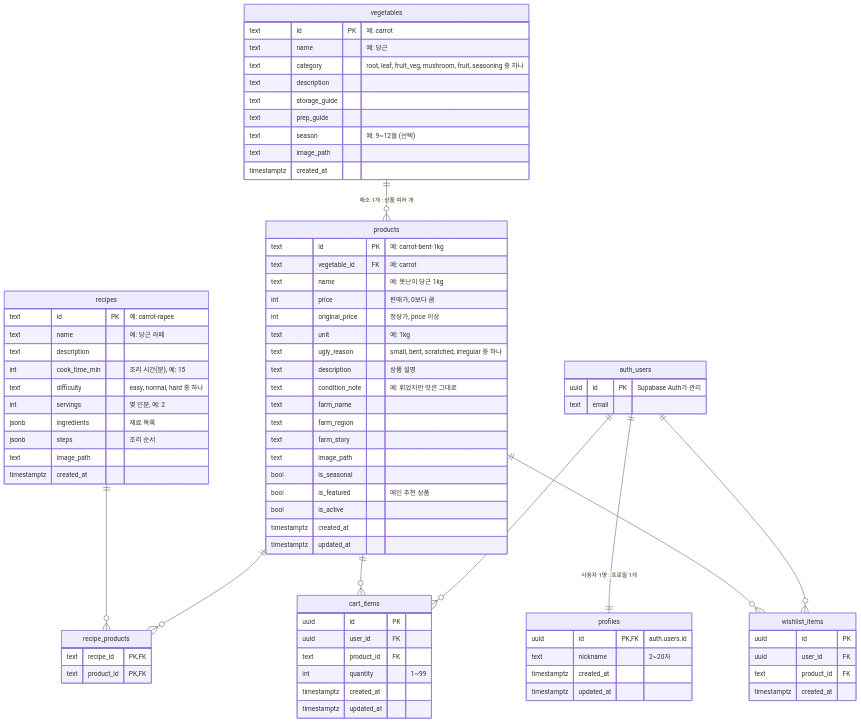
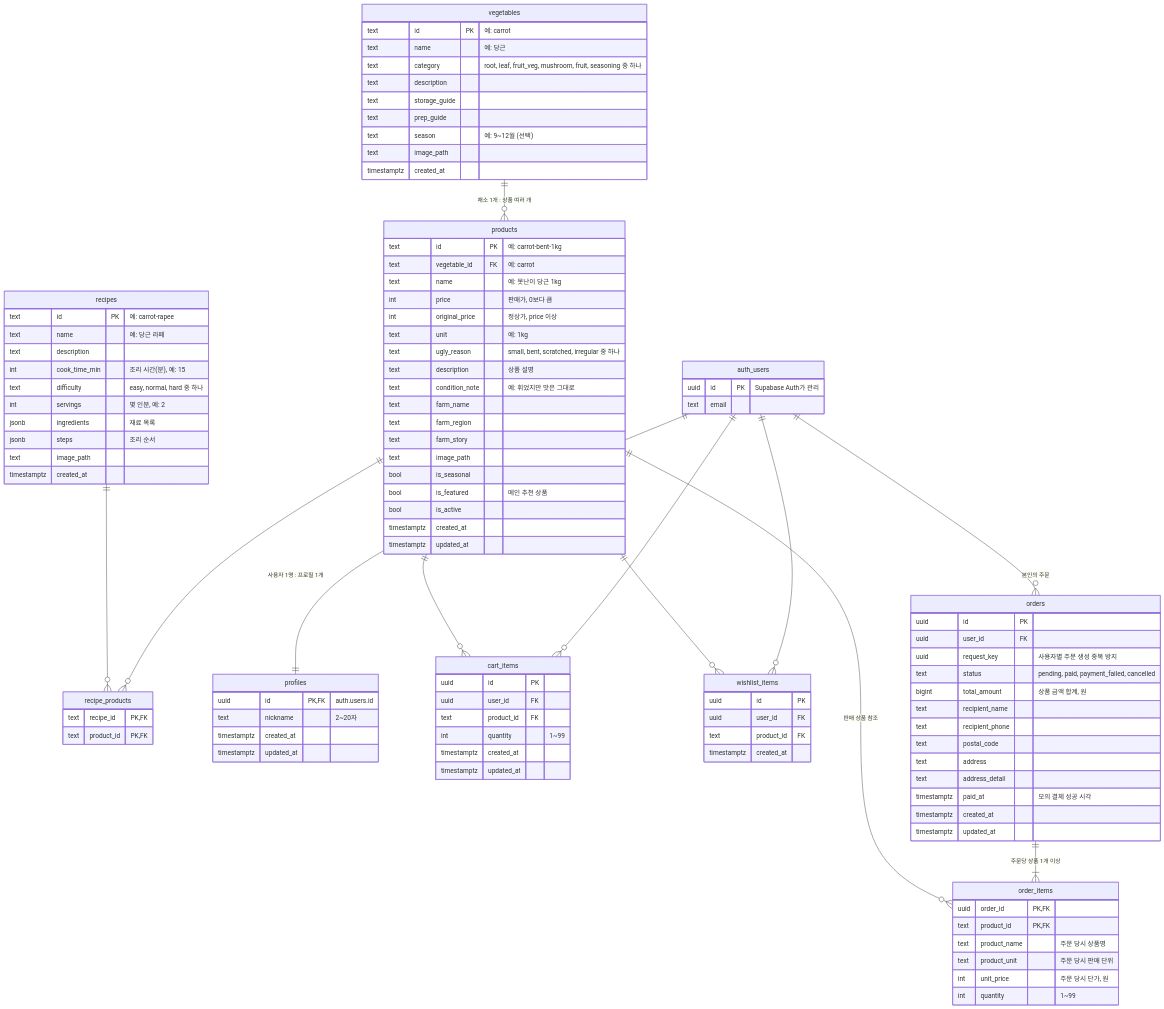
One commit to KANT-2/group_6_vegetable_project changed the diagram in docs/ERD.md. Above: the diagram before and after it, drawn with Mermaid. The commit also changed other lines of this file and 1 other file, not shown here.

Commit message:
docs: 주문 및 모의 결제 ERD 추가

````diff
--- a/docs/ERD.md
+++ b/docs/ERD.md
@@ -15,6 +18,9 @@
     auth_users ||--o{ wishlist_items : ""
     products ||--o{ cart_items : ""
     products ||--o{ wishlist_items : ""
+    auth_users ||--o{ orders : "본인의 주문"
+    orders ||--|{ order_items : "주문당 상품 1개 이상"
+    products ||--o{ order_items : "판매 상품 참조"
 
     vegetables {
         text id PK "예: carrot"
@@ -94,4 +100,28 @@
         text product_id FK
         timestamptz created_at
     }
+    orders {
+        uuid id PK
+        uuid user_id FK
+        uuid request_key "사용자별 주문 생성 중복 방지"
+        text status "pending, paid, payment_failed, cancelled"
+        bigint total_amount "상품 금액 합계, 원"
+        text recipient_name
+        text recipient_phone
+        text postal_code
+        text address
+        text address_detail
+        timestamptz paid_at "모의 결제 성공 시각"
+        timestamptz created_at
+        timestamptz updated_at
+    }
+
+    order_items {
+        uuid order_id PK,FK
+        text product_id PK,FK
+        text product_name "주문 당시 상품명"
+        text product_unit "주문 당시 판매 단위"
+        int unit_price "주문 당시 단가, 원"
+        int quantity "1~99"
+    }
 ```
````
